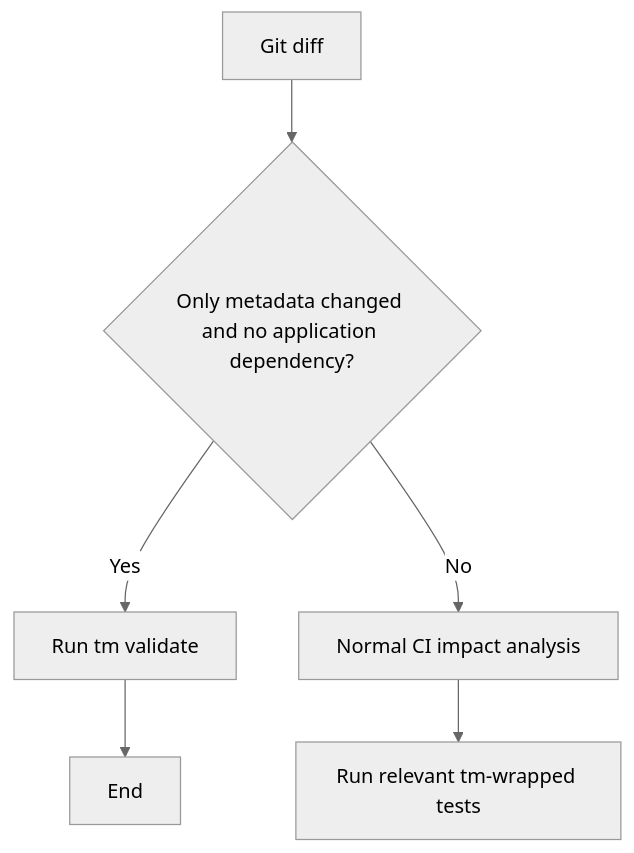
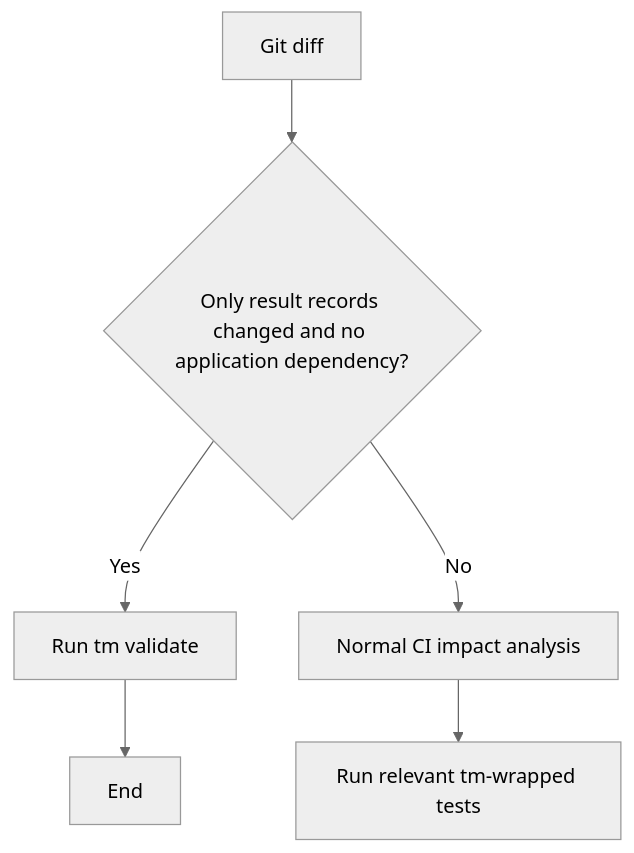
The fourth of 8 diagrams in docs/spec/tm-test-memoization-technical-specification.md (jedediahg/testmiser), drawn with Mermaid (neutral theme) before and after one commit. The commit also changed other lines of this file and 1 other file, not shown here.

````diff
--- a/docs/spec/tm-test-memoization-technical-specification.md
+++ b/docs/spec/tm-test-memoization-technical-specification.md
@@ -572,8 +550,8 @@
 ```mermaid
 flowchart TD
-    A[Git diff] --> B{Only metadata changed and no application dependency?}
+    A[Git diff] --> B{Only result records changed and no application dependency?}
     B -- Yes --> C[Run tm validate]
     C --> D[End]
     B -- No --> E[Normal CI impact analysis]
     E --> F[Run relevant tm-wrapped tests]
 ```
````
